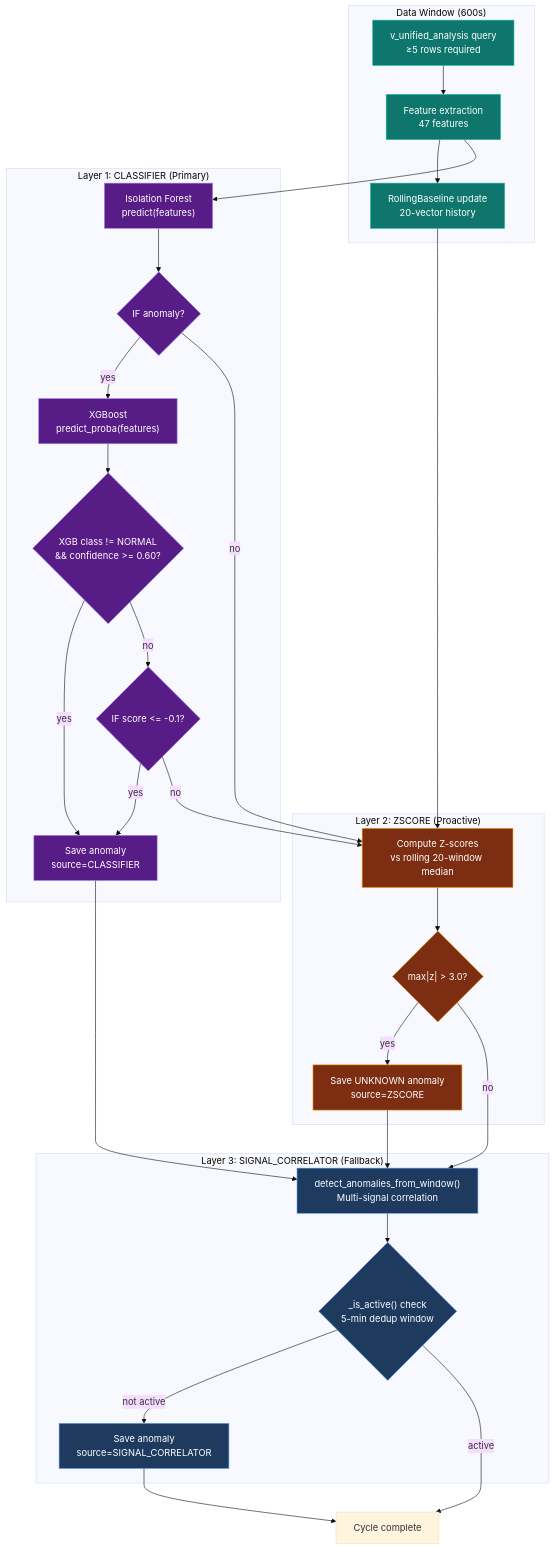
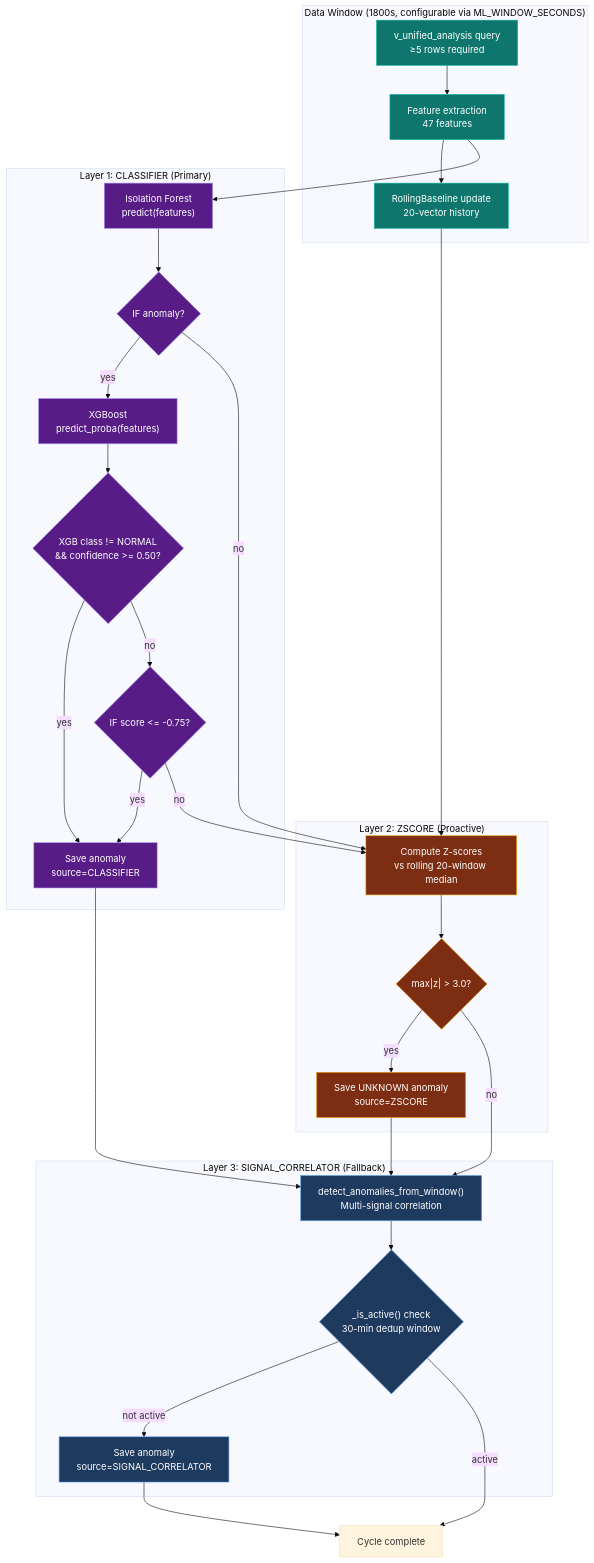
One commit to AhmedIkram05/laad changed the sixth of 9 diagrams in README.md. Above: the diagram before and after it, drawn with Mermaid (base theme). The commit also changed other lines of this file and 2 other files, not shown here.

````diff
--- a/README.md
+++ b/README.md
@@ -642,60 +641,60 @@
 ```mermaid
 flowchart TD
-  subgraph Window ["Data Window (600s)"]
+  subgraph Window ["Data Window (1800s, configurable via ML_WINDOW_SECONDS)"]
     Q["v_unified_analysis query\n≥5 rows required"]
     FE["Feature extraction\n47 features"]
     BU["RollingBaseline update\n20-vector history"]
   end
 
   subgraph Layer1 ["Layer 1: CLASSIFIER (Primary)"]
     IF["Isolation Forest\npredict(features)"]
     IF_ANOM{"IF anomaly?"}
     XGB["XGBoost\npredict_proba(features)"]
-    KNOWN{"XGB class != NORMAL\n&& confidence >= 0.60?"}
-    UNKNOWN{"IF score <= -0.1?"}
+    KNOWN{"XGB class != NORMAL\n&& confidence >= 0.50?"}
+    UNKNOWN{"IF score <= -0.75?"}
     SAVE1["Save anomaly\nsource=CLASSIFIER"]
   end
 
   subgraph Layer2 ["Layer 2: ZSCORE (Proactive)"]
     ZR["Compute Z-scores\nvs rolling 20-window median"]
     MAXZ{"max|z| > 3.0?"}
     SAVE2["Save UNKNOWN anomaly\nsource=ZSCORE"]
   end
 
   subgraph Layer3 ["Layer 3: SIGNAL_CORRELATOR (Fallback)"]
     HEUR["detect_anomalies_from_window()\nMulti-signal correlation"]
-    DEDUP{"_is_active() check\n5-min dedup window"}
+    DEDUP{"_is_active() check\n30-min dedup window"}
     SAVE3["Save anomaly\nsource=SIGNAL_CORRELATOR"]
   end
 
   Q --> FE --> BU
   FE --> IF
   IF --> IF_ANOM
   IF_ANOM -->|"yes"| XGB
   IF_ANOM -->|"no"| ZR
   XGB --> KNOWN
   KNOWN -->|"yes"| SAVE1
   KNOWN -->|"no"| UNKNOWN
   UNKNOWN -->|"yes"| SAVE1
   UNKNOWN -->|"no"| ZR
   BU --> ZR
   ZR --> MAXZ
   MAXZ -->|"yes"| SAVE2
   MAXZ -->|"no"| HEUR
   SAVE1 --> HEUR
   SAVE2 --> HEUR
   HEUR --> DEDUP
   DEDUP -->|"not active"| SAVE3
   DEDUP -->|"active"| END["Cycle complete"]
   SAVE3 --> END
 
   classDef window fill:#0f766e,stroke:#14b8a6,color:#ffffff;
   classDef l1 fill:#581c87,stroke:#a78bfa,color:#ffffff;
   classDef l2 fill:#7c2d12,stroke:#f59e0b,color:#ffffff;
   classDef l3 fill:#1e3a5f,stroke:#60a5fa,color:#ffffff;
 
   class Q,FE,BU window;
   class IF,IF_ANOM,XGB,KNOWN,UNKNOWN,SAVE1 l1;
   class ZR,MAXZ,SAVE2 l2;
   class HEUR,DEDUP,SAVE3 l3;
 ```
````
